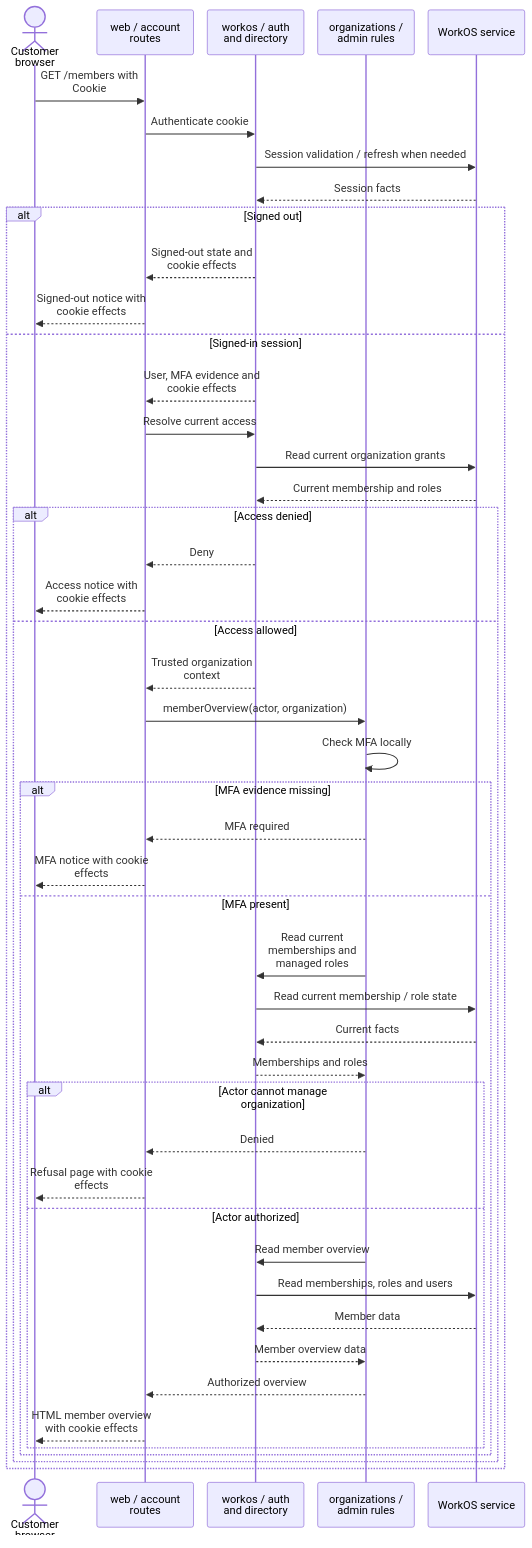
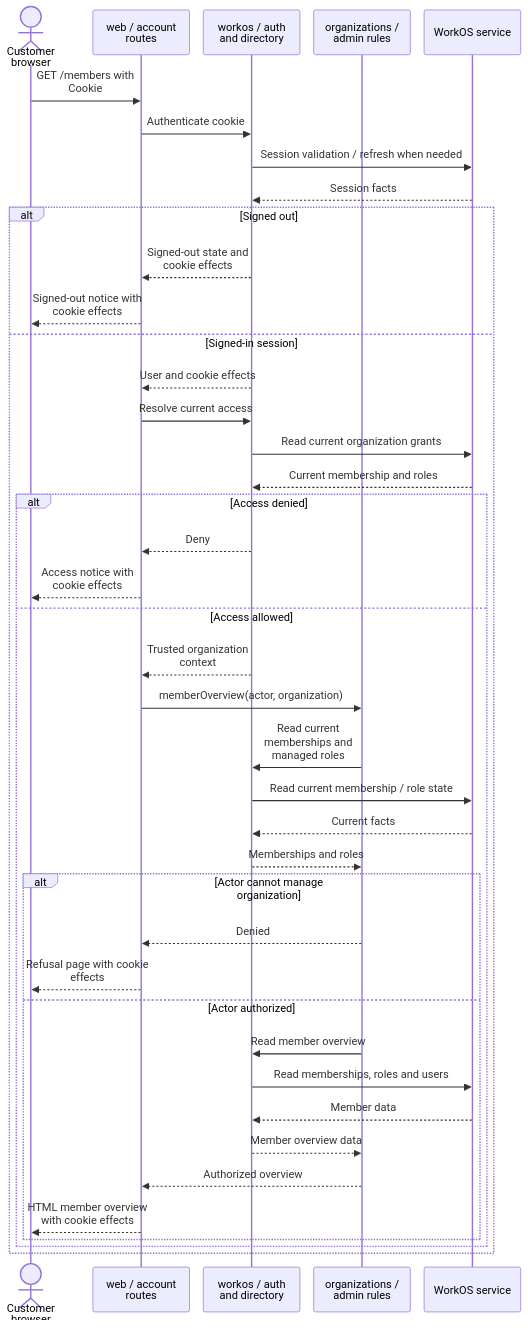
Before and after one commit to tomer-mayara/Thermus: the ninth of 10 diagrams in architecture/components.md, drawn with Mermaid. The commit also changed other lines of this file and 115 other files, not shown here.

Commit message:
Implement S1-02 User/Admin password access

````diff
--- a/architecture/components.md
+++ b/architecture/components.md
@@ -402,50 +402,44 @@
 ```mermaid
 %%{init: {"sequence": {"wrap": true, "actorMargin": 20, "width": 140}}}%%
 sequenceDiagram
   actor Browser as Customer browser
   participant Routes as web / account routes
   participant Provider as workos / auth and directory
   participant Admin as organizations / admin rules
   participant Remote as WorkOS service
   Browser->>Routes: GET /members with Cookie
   Routes->>Provider: Authenticate cookie
   Provider->>Remote: Session validation / refresh when needed
   Remote-->>Provider: Session facts
   alt Signed out
     Provider-->>Routes: Signed-out state and cookie effects
     Routes-->>Browser: Signed-out notice with cookie effects
   else Signed-in session
-    Provider-->>Routes: User, MFA evidence and cookie effects
+    Provider-->>Routes: User and cookie effects
     Routes->>Provider: Resolve current access
     Provider->>Remote: Read current organization grants
     Remote-->>Provider: Current membership and roles
     alt Access denied
       Provider-->>Routes: Deny
       Routes-->>Browser: Access notice with cookie effects
     else Access allowed
       Provider-->>Routes: Trusted organization context
       Routes->>Admin: memberOverview(actor, organization)
-      Admin->>Admin: Check MFA locally
-      alt MFA evidence missing
-        Admin-->>Routes: MFA required
-        Routes-->>Browser: MFA notice with cookie effects
-      else MFA present
-        Admin->>Provider: Read current memberships and managed roles
-        Provider->>Remote: Read current membership / role state
-        Remote-->>Provider: Current facts
-        Provider-->>Admin: Memberships and roles
-        alt Actor cannot manage organization
-          Admin-->>Routes: Denied
-          Routes-->>Browser: Refusal page with cookie effects
-        else Actor authorized
-          Admin->>Provider: Read member overview
-          Provider->>Remote: Read memberships, roles and users
-          Remote-->>Provider: Member data
-          Provider-->>Admin: Member overview data
-          Admin-->>Routes: Authorized overview
-          Routes-->>Browser: HTML member overview with cookie effects
-        end
+      Admin->>Provider: Read current memberships and managed roles
+      Provider->>Remote: Read current membership / role state
+      Remote-->>Provider: Current facts
+      Provider-->>Admin: Memberships and roles
+      alt Actor cannot manage organization
+        Admin-->>Routes: Denied
+        Routes-->>Browser: Refusal page with cookie effects
+      else Actor authorized
+        Admin->>Provider: Read member overview
+        Provider->>Remote: Read memberships, roles and users
+        Remote-->>Provider: Member data
+        Provider-->>Admin: Member overview data
+        Admin-->>Routes: Authorized overview
+        Routes-->>Browser: HTML member overview with cookie effects
       end
     end
   end
 ```
````
